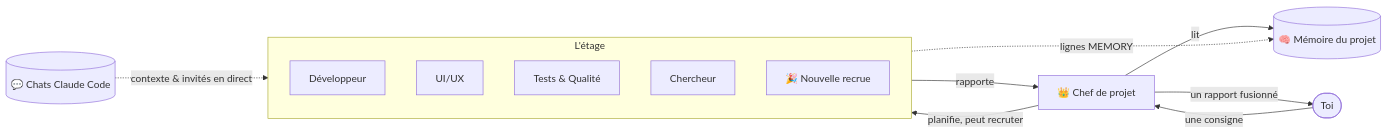
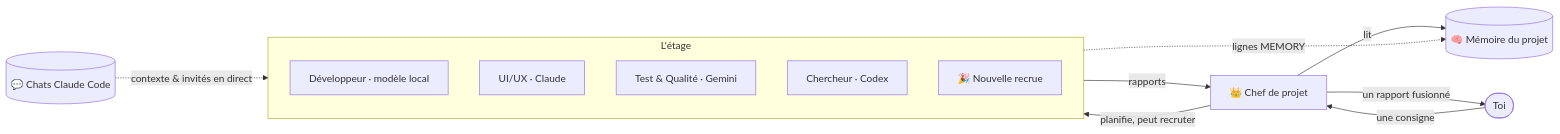
The diagram in docs/readme/README.fr.md (RealMrNovember/Atrium), drawn with Mermaid before and after one commit. The commit also changed other lines of this file and 23 other files, not shown here.

````diff
--- a/docs/readme/README.fr.md
+++ b/docs/readme/README.fr.md
@@ -65,17 +107,17 @@
 ```mermaid
 flowchart LR
     You([Toi]) -- une consigne --> Lead[👑 Chef de projet]
     Lead -- lit --> Mem[(🧠 Mémoire du projet)]
     Lead -- planifie, peut recruter --> Team
     subgraph Team [L'étage]
-      Dev[Développeur]
-      UX[UI/UX]
-      QA[Tests & Qualité]
-      Res[Chercheur]
+      Dev[Développeur · modèle local]
+      UX[UI/UX · Claude]
+      QA[Test & Qualité · Gemini]
+      Res[Chercheur · Codex]
       New[🎉 Nouvelle recrue]
     end
-    Team -- rapporte --> Lead
+    Team -- rapports --> Lead
     Lead -- un rapport fusionné --> You
     Team -. lignes MEMORY .-> Mem
     Chats[(💬 Chats Claude Code)] -. contexte & invités en direct .-> Team
 ```
````
